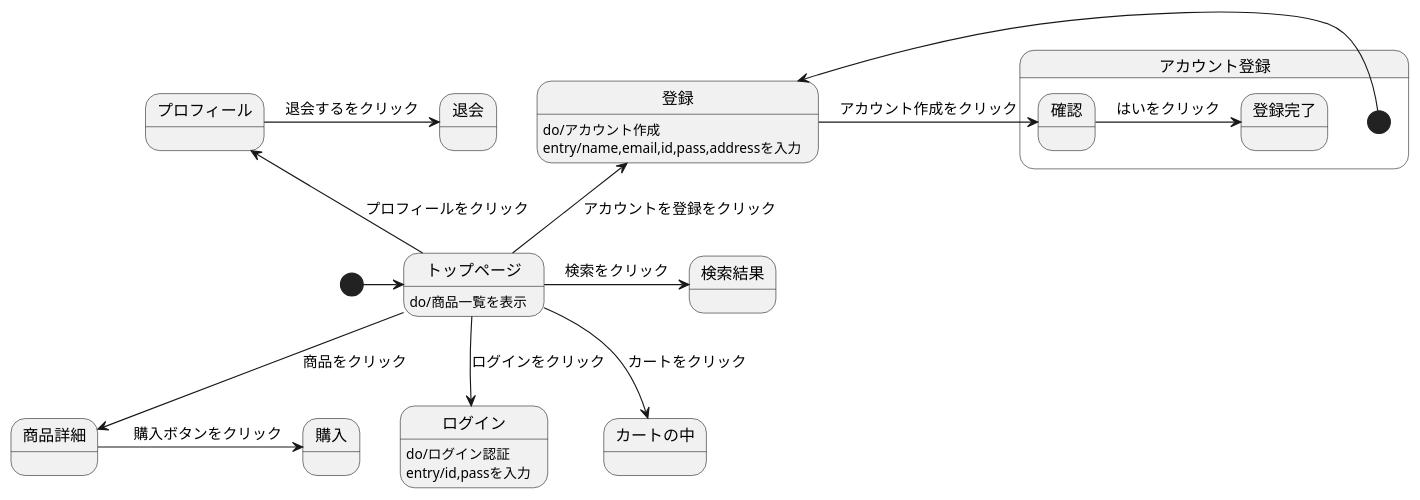
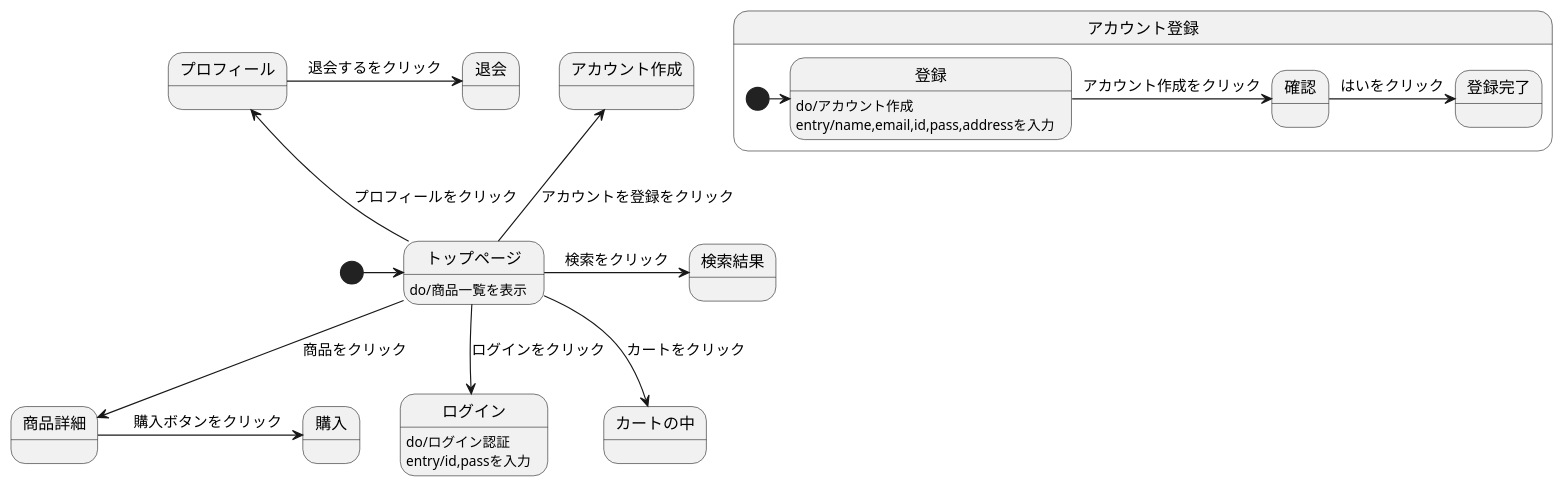
One commit to Aso2001159/2021sys-design changed the diagram in stm01.md. Above: the diagram before and after it, drawn with PlantUML.

````diff
--- a/stm01.md
+++ b/stm01.md
@@ -1,25 +1,25 @@
 ```uml
 
 @startuml
 [*]->トップページ
 トップページ : do/商品一覧を表示
 トップページ-->商品詳細 : 商品をクリック
   商品詳細->購入 :　購入ボタンをクリック
 トップページ-down->ログイン :ログインをクリック
   ログイン : do/ログイン認証
   ログイン : entry/id,passを入力
 トップページ-->カートの中 :カートをクリック
-トップページ-up->登録 :アカウントを登録をクリック
+トップページ-up-> アカウント作成 :アカウントを登録をクリック
 state アカウント登録{
 [*]-> 登録 
   登録 : do/アカウント作成
   登録 : entry/name,email,id,pass,addressを入力
   登録 ->確認: アカウント作成をクリック
   確認 -> 登録完了: はいをクリック
   }
 トップページ->検索結果 :検索をクリック
 トップページ-up->プロフィール :プロフィールをクリック
   プロフィール->退会 :退会するをクリック
 @enduml
 
 ```
````
